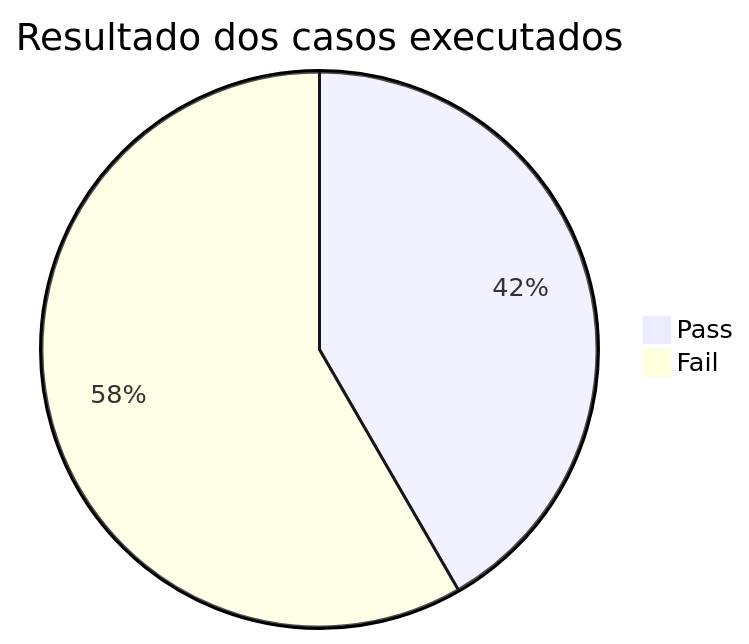
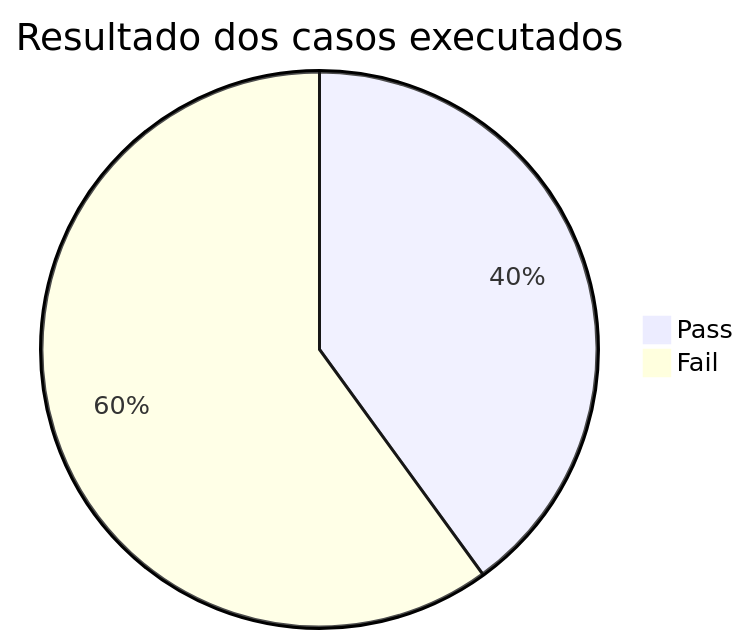
The first of 2 diagrams in docs/relatorio-de-testes.md (jprSantiago/Portifolio-de-Qualidade), drawn with Mermaid before and after one commit. The commit also changed other lines of this file and 4 other files, not shown here.

````diff
--- a/docs/relatorio-de-testes.md
+++ b/docs/relatorio-de-testes.md
@@ -43,5 +41,5 @@
 ```mermaid
 pie title Resultado dos casos executados
     "Pass" : 10
-    "Fail" : 14
+    "Fail" : 15
 ```
````
